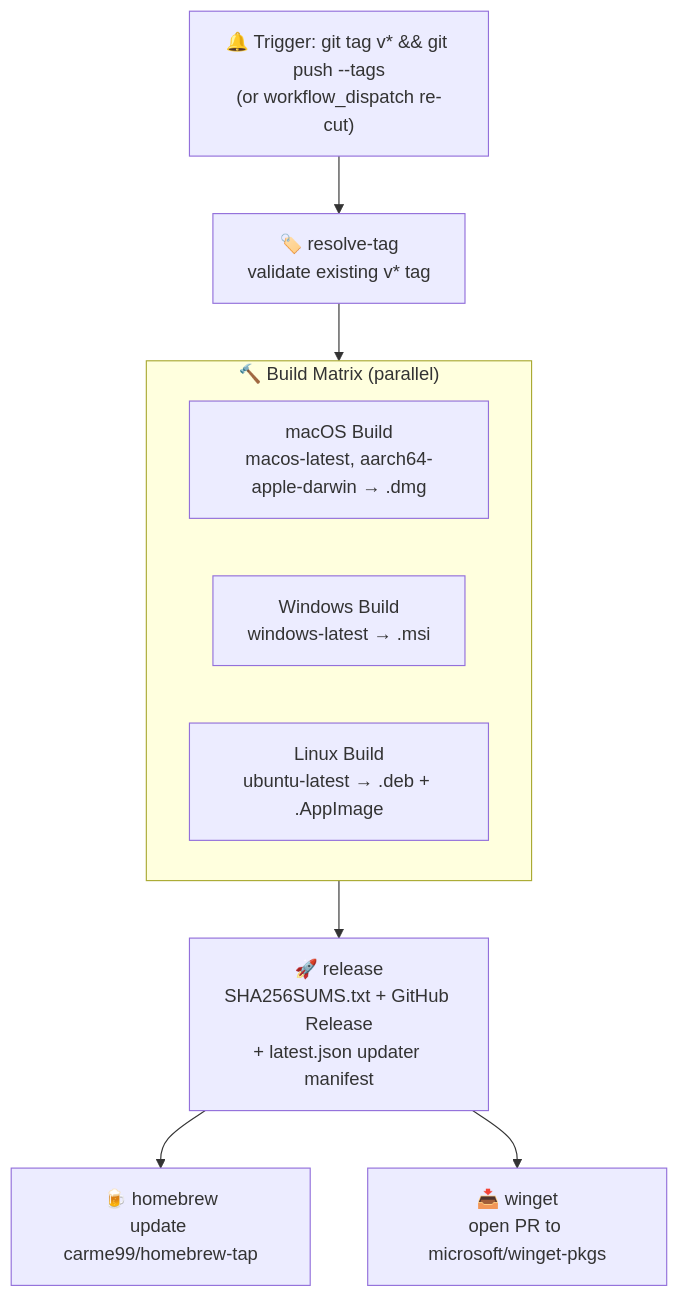
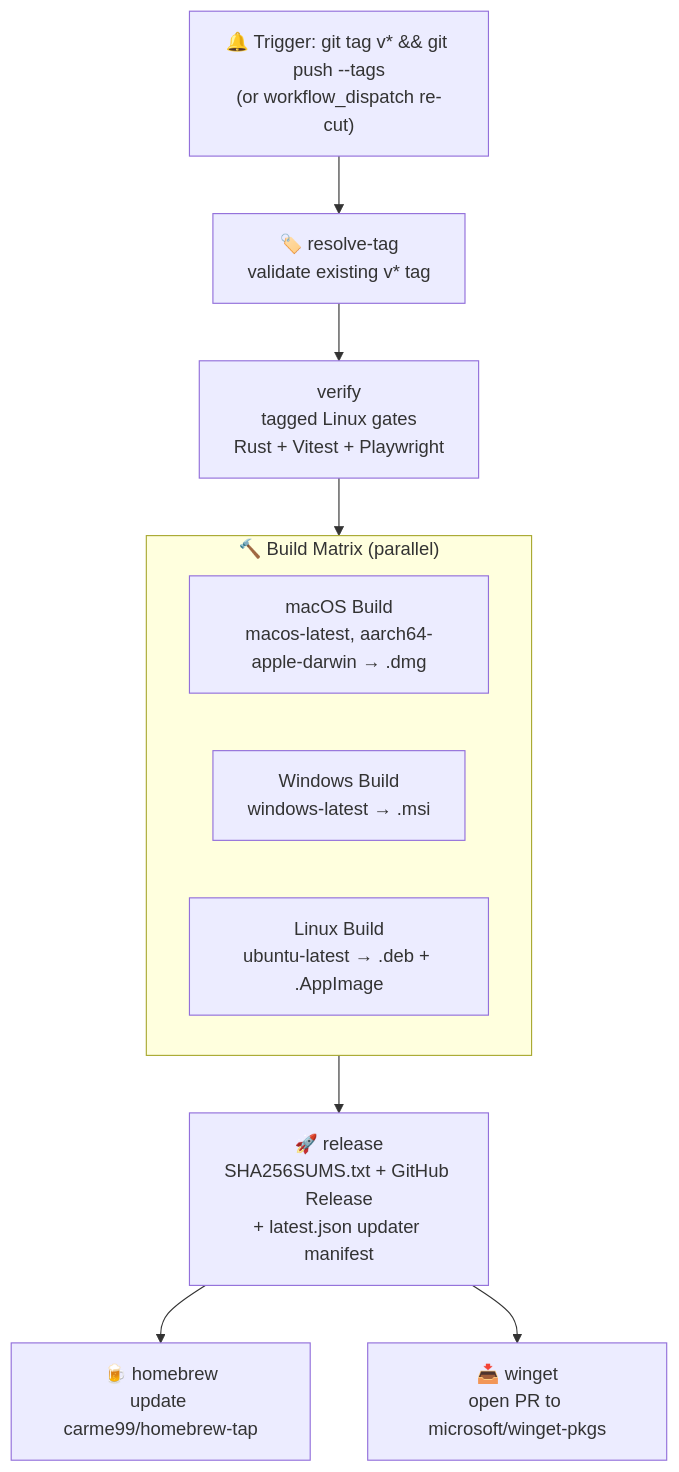
The second of 2 diagrams in docs/architecture/overview.md (Carme99/PresenceJam-Desktop), drawn with Mermaid before and after one commit. The commit also changed other lines of this file and 2 other files, not shown here.

Commit message:
docs: update architecture gates

````diff
--- a/docs/architecture/overview.md
+++ b/docs/architecture/overview.md
@@ -94,16 +94,17 @@
 ```mermaid
 flowchart TD
     Trigger["🔔 Trigger: git tag v* && git push --tags<br/>(or workflow_dispatch re-cut)"]
     Resolve["🏷️ resolve-tag<br/>validate existing v* tag"]
+    Verify["verify<br/>tagged Linux gates<br/>Rust + Vitest + Playwright"]
     subgraph Build["🔨 Build Matrix (parallel)"]
         direction LR
         MacBuild["macOS Build<br/>macos-latest, aarch64-apple-darwin → .dmg"]
         WinBuild["Windows Build<br/>windows-latest → .msi"]
         LinBuild["Linux Build<br/>ubuntu-latest → .deb + .AppImage"]
     end
     Release["🚀 release<br/>SHA256SUMS.txt + GitHub Release<br/>+ latest.json updater manifest"]
     Brew["🍺 homebrew<br/>update carme99/homebrew-tap"]
     Winget["📥 winget<br/>open PR to microsoft/winget-pkgs"]
-    Trigger --> Resolve --> Build --> Release --> Brew
+    Trigger --> Resolve --> Verify --> Build --> Release --> Brew
     Release --> Winget
 ```
````
